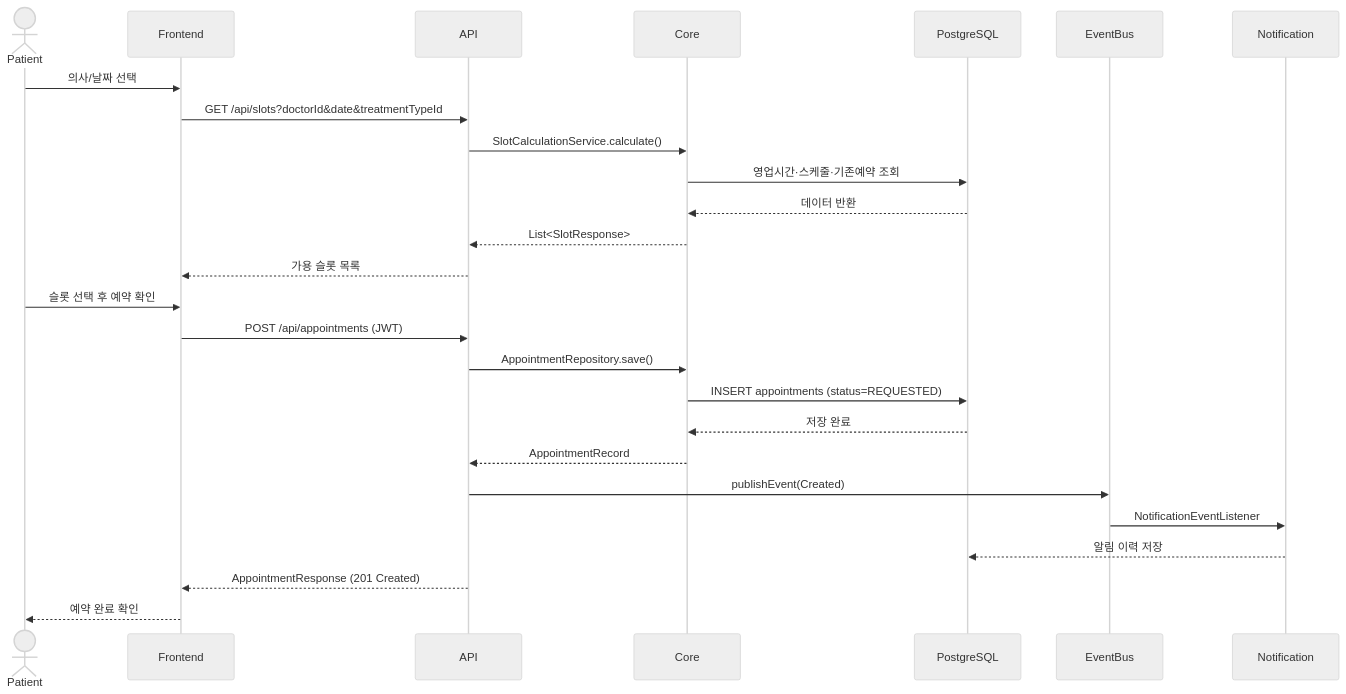
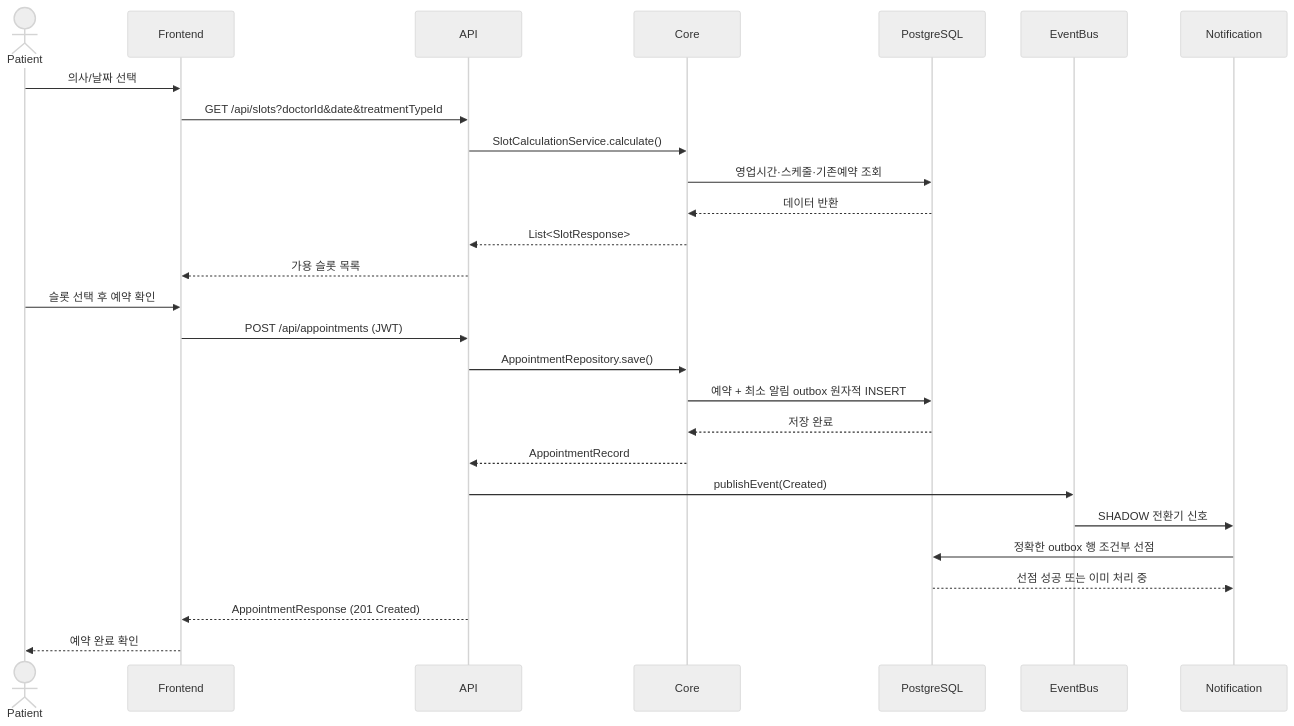
The first of 5 diagrams in docs/requirements/user-scenarios.md (bluetape4k/clinic-appointment), drawn with Mermaid (neutral theme) before and after one commit. The commit also changed other lines of this file and 117 other files, not shown here.

````diff
--- a/docs/requirements/user-scenarios.md
+++ b/docs/requirements/user-scenarios.md
@@ -21,30 +21,31 @@
 ```mermaid
 sequenceDiagram
     actor Patient
     participant Frontend
     participant API
     participant Core
     participant DB as PostgreSQL
     participant EventBus
     participant Notification
 
     Patient->>Frontend: 의사/날짜 선택
     Frontend->>API: GET /api/slots?doctorId&date&treatmentTypeId
     API->>Core: SlotCalculationService.calculate()
     Core->>DB: 영업시간·스케줄·기존예약 조회
     DB-->>Core: 데이터 반환
     Core-->>API: List<SlotResponse>
     API-->>Frontend: 가용 슬롯 목록
 
     Patient->>Frontend: 슬롯 선택 후 예약 확인
     Frontend->>API: POST /api/appointments (JWT)
     API->>Core: AppointmentRepository.save()
-    Core->>DB: INSERT appointments (status=REQUESTED)
+    Core->>DB: 예약 + 최소 알림 outbox 원자적 INSERT
     DB-->>Core: 저장 완료
     Core-->>API: AppointmentRecord
     API->>EventBus: publishEvent(Created)
-    EventBus->>Notification: NotificationEventListener
-    Notification-->>DB: 알림 이력 저장
+    EventBus->>Notification: SHADOW 전환기 신호
+    Notification->>DB: 정확한 outbox 행 조건부 선점
+    DB-->>Notification: 선점 성공 또는 이미 처리 중
     API-->>Frontend: AppointmentResponse (201 Created)
     Frontend-->>Patient: 예약 완료 확인
 ```
````
